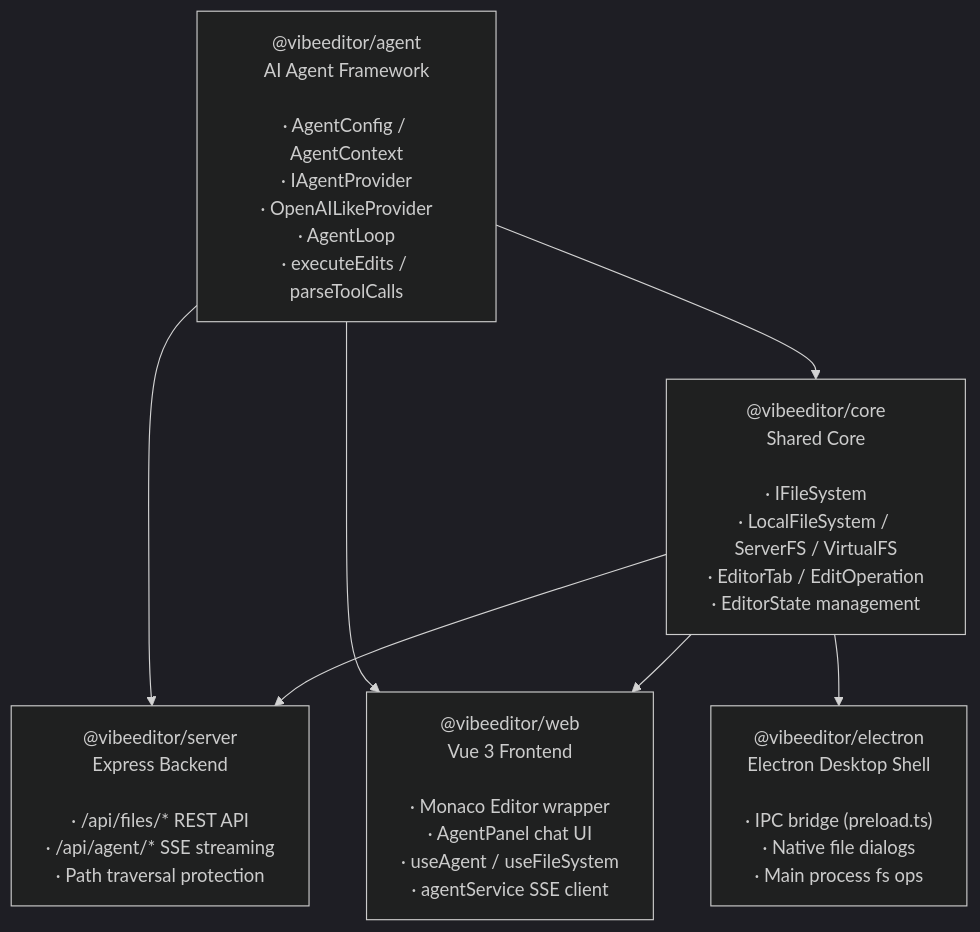
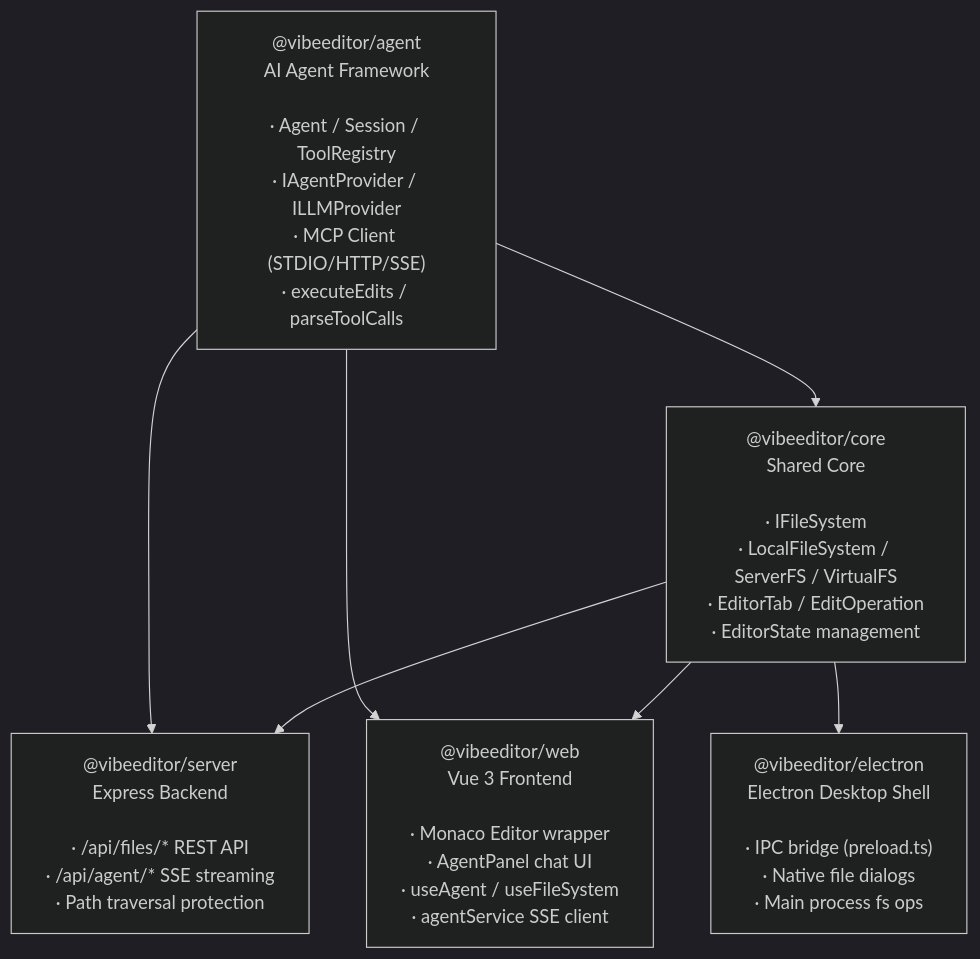
Before and after one commit to LSF1106/VibeEditor: the first of 5 diagrams in README_EN.md, drawn with Mermaid (dark theme). The commit also changed other lines of this file and 2 other files, not shown here.

````diff
--- a/README_EN.md
+++ b/README_EN.md
@@ -106,15 +108,15 @@
 ```mermaid
 graph TD
-    agent["@vibeeditor/agent<br/>AI Agent Framework<br/><br/>· AgentConfig / AgentContext<br/>· IAgentProvider<br/>· OpenAILikeProvider<br/>· AgentLoop<br/>· executeEdits / parseToolCalls"]
+    agent["@vibeeditor/agent<br/>AI Agent Framework<br/><br/>· Agent / Session / ToolRegistry<br/>· IAgentProvider / ILLMProvider<br/>· MCP Client (STDIO/HTTP/SSE)<br/>· executeEdits / parseToolCalls"]
     core["@vibeeditor/core<br/>Shared Core<br/><br/>· IFileSystem<br/>· LocalFileSystem / ServerFS / VirtualFS<br/>· EditorTab / EditOperation<br/>· EditorState management"]
     server["@vibeeditor/server<br/>Express Backend<br/><br/>· /api/files/* REST API<br/>· /api/agent/* SSE streaming<br/>· Path traversal protection"]
     web["@vibeeditor/web<br/>Vue 3 Frontend<br/><br/>· Monaco Editor wrapper<br/>· AgentPanel chat UI<br/>· useAgent / useFileSystem<br/>· agentService SSE client"]
     electron["@vibeeditor/electron<br/>Electron Desktop Shell<br/><br/>· IPC bridge (preload.ts)<br/>· Native file dialogs<br/>· Main process fs ops"]
 
     agent --> core
     agent --> server
     agent --> web
     core --> server
     core --> web
     core --> electron
 ```
````
